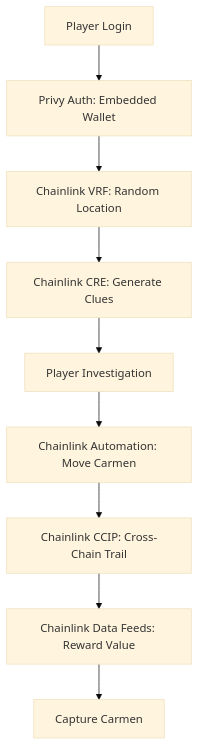
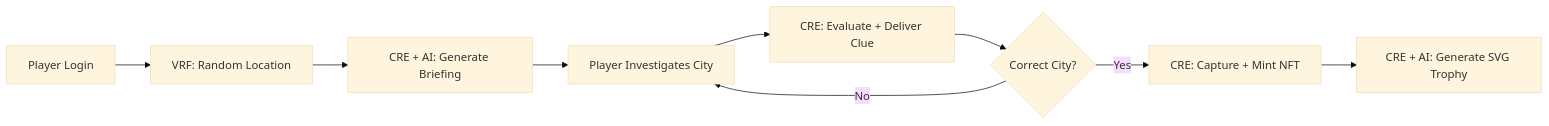
Before and after one commit to mtrn87/carmen-sandiego-onchain: the diagram in README.md, drawn with Mermaid (base theme). The commit also changed other lines of this file, not shown here.

First line of the commit message:
docs: restructure README with CRE + AI focus and on-chain evidence

````diff
--- a/README.md
+++ b/README.md
@@ -133,11 +125,11 @@
 ```mermaid
-graph TD
-    A[Player Login] --> B[Privy Auth: Embedded Wallet]
-    B --> C[Chainlink VRF: Random Location]
-    C --> D[Chainlink CRE: Generate Clues]
-    D --> E[Player Investigation]
-    E --> F[Chainlink Automation: Move Carmen]
-    F --> G[Chainlink CCIP: Cross-Chain Trail]
-    G --> H[Chainlink Data Feeds: Reward Value]
-    H --> I[Capture Carmen]
+graph LR
+    A[Player Login] --> B[VRF: Random Location]
+    B --> C[CRE + AI: Generate Briefing]
+    C --> D[Player Investigates City]
+    D --> E[CRE: Evaluate + Deliver Clue]
+    E --> F{Correct City?}
+    F -->|No| D
+    F -->|Yes| G[CRE: Capture + Mint NFT]
+    G --> H[CRE + AI: Generate SVG Trophy]
 ```
````
